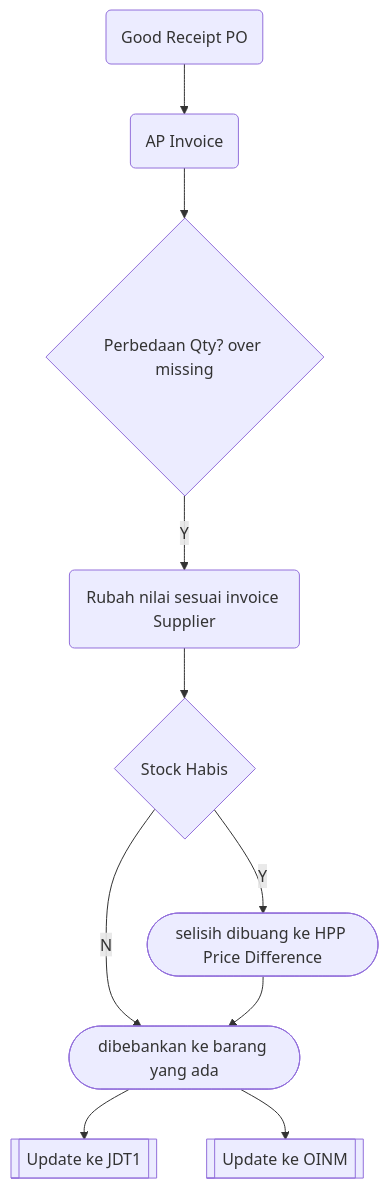
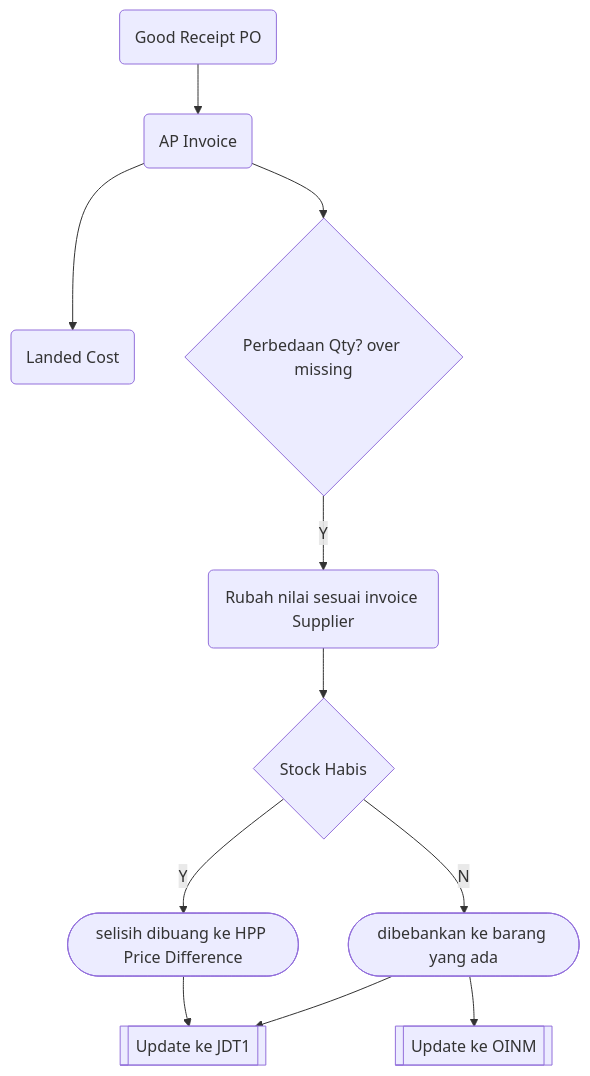
Before and after one commit to andyut/cnw_doc: the second of 2 diagrams in awr_PembelianChecklist.md, drawn with Mermaid. The commit also changed other lines of this file, not shown here.

````diff
--- a/awr_PembelianChecklist.md
+++ b/awr_PembelianChecklist.md
@@ -61,14 +61,16 @@
 ```mermaid
 graph TD
 A(Good Receipt PO) --> A1(AP Invoice)
+A1 --> A2(Landed Cost) 
+
 A1 --> B{Perbedaan Qty? over missing}
 B -->|Y| C(Rubah nilai sesuai invoice Supplier)
 C --> D{Stock Habis}
 D-->|Y| E([selisih dibuang ke HPP Price Difference])
 D-->|N| F([dibebankan ke barang yang ada])
 F--> H[[ Update ke JDT1 ]]
-E --> 
+E -->H[[ Update ke JDT1 ]] 
 F--> G[[ Update ke OINM ]]
 
 
 ```
````
